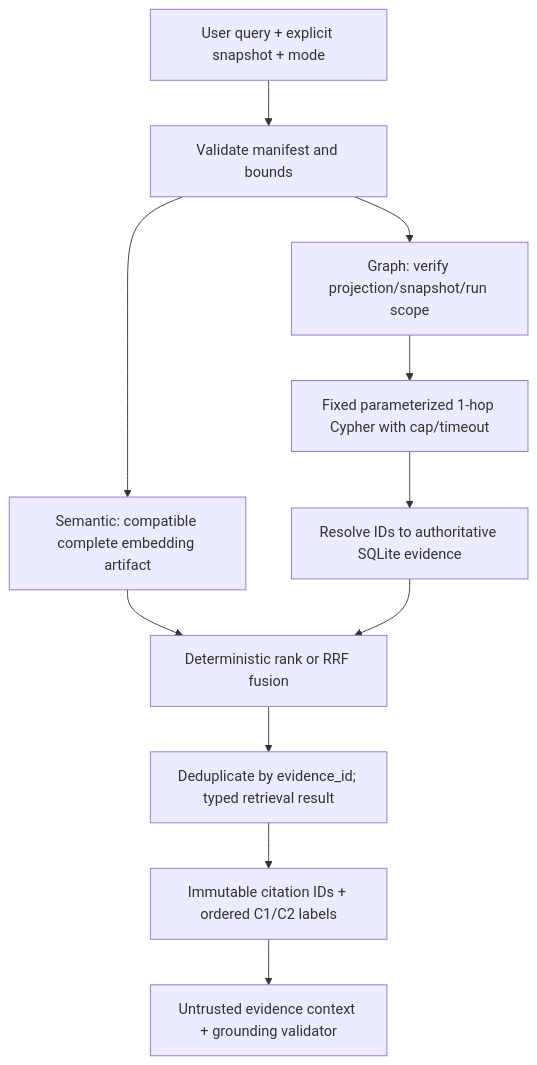
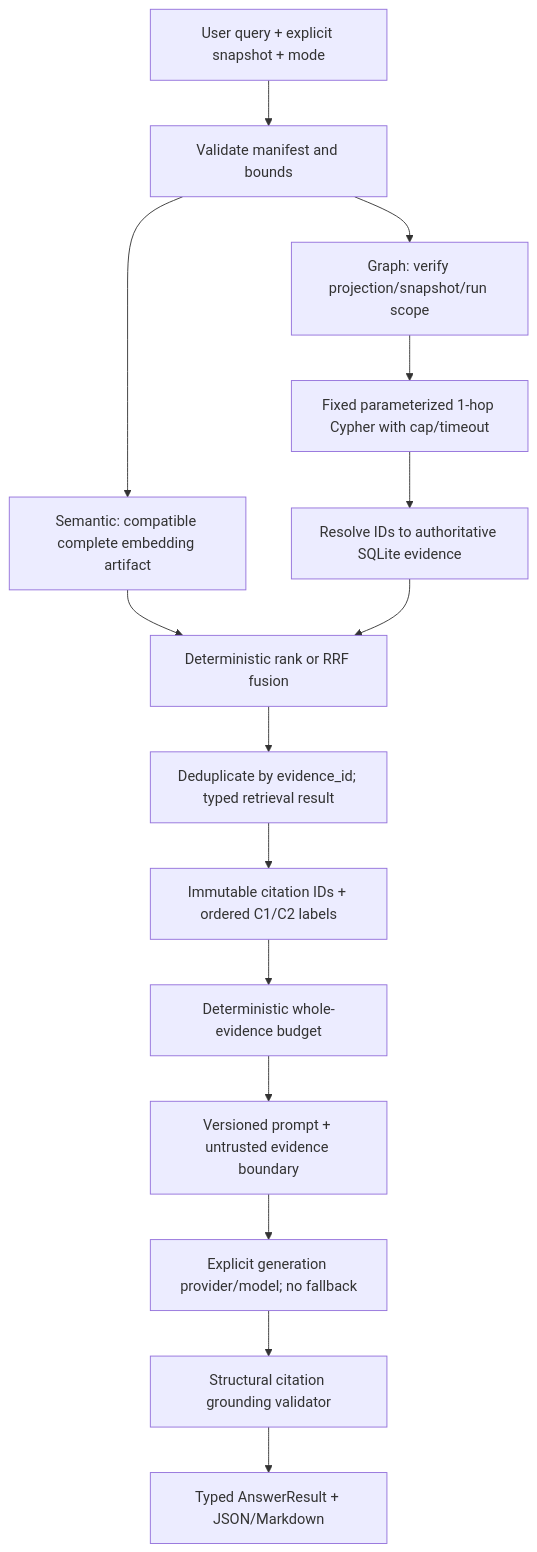
The second of 4 diagrams in docs/pipeline_diagrams.md (Sven-Lutz/Klima_GraphRAG), drawn with Mermaid before and after one commit. The commit also changed other lines of this file and 11 other files, not shown here.

Commit message:
feat: add canonical grounded answer generation

````diff
--- a/docs/pipeline_diagrams.md
+++ b/docs/pipeline_diagrams.md
@@ -62,13 +62,17 @@
 ```mermaid
 flowchart TD
     Q["User query + explicit snapshot + mode"] --> V["Validate manifest and bounds"]
     V --> S["Semantic: compatible complete embedding artifact"]
     V --> G["Graph: verify projection/snapshot/run scope"]
     G --> C["Fixed parameterized 1-hop Cypher with cap/timeout"]
     C --> A["Resolve IDs to authoritative SQLite evidence"]
     S --> F["Deterministic rank or RRF fusion"]
     A --> F
     F --> D["Deduplicate by evidence_id; typed retrieval result"]
     D --> Z["Immutable citation IDs + ordered C1/C2 labels"]
-    Z --> X["Untrusted evidence context + grounding validator"]
+    Z --> B["Deterministic whole-evidence budget"]
+    B --> X["Versioned prompt + untrusted evidence boundary"]
+    X --> P["Explicit generation provider/model; no fallback"]
+    P --> GV["Structural citation grounding validator"]
+    GV --> R["Typed AnswerResult + JSON/Markdown"]
 ```
````
